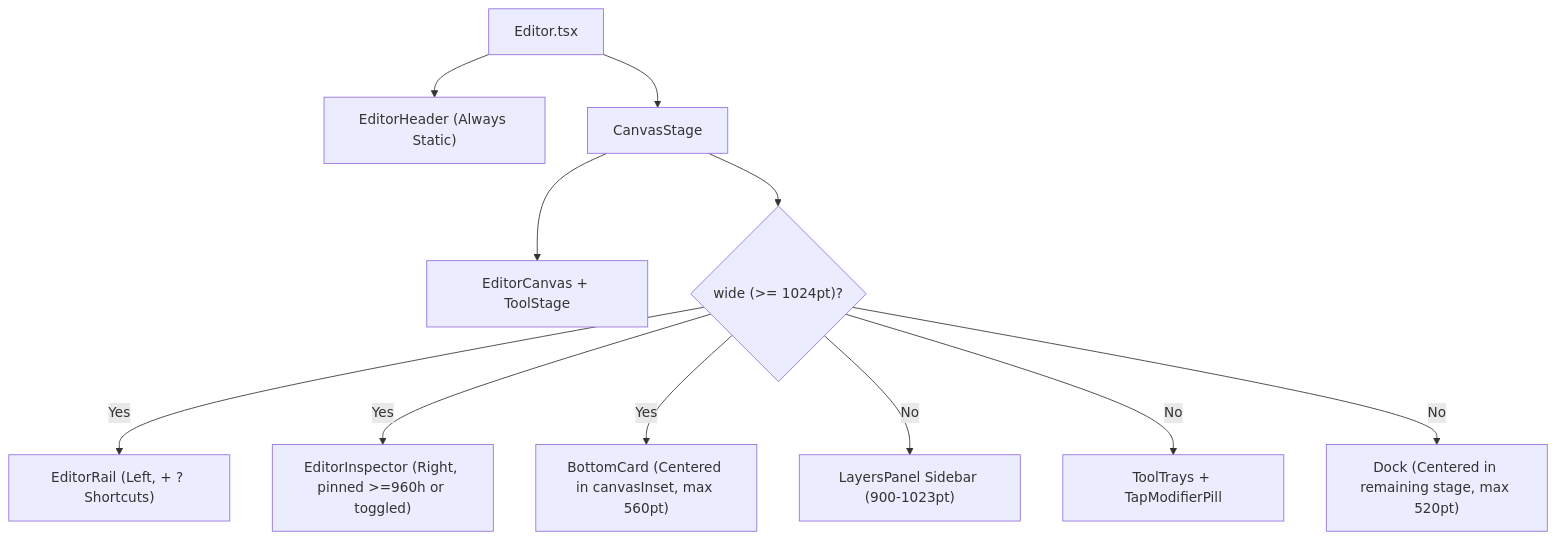
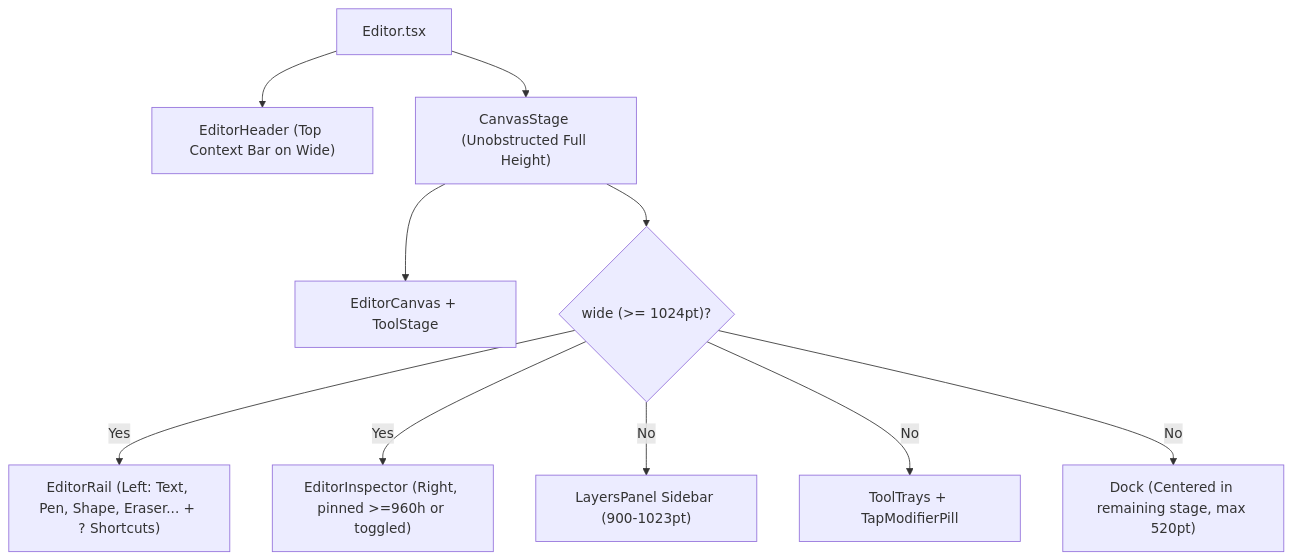
One commit to nverkhachoyan/tuck changed the diagram in docs/plans/editor-ui-redesign/implementation-plan.md. Above: the diagram before and after it, drawn with Mermaid. The commit also changed other lines of this file, not shown here.

Commit message:
docs: update UI redesign plan for top context bar and split tools

````diff
--- a/docs/plans/editor-ui-redesign/implementation-plan.md
+++ b/docs/plans/editor-ui-redesign/implementation-plan.md
@@ -56,13 +56,12 @@
 ```mermaid
 flowchart TD
-    Editor["Editor.tsx"] --> Header["EditorHeader (Always Static)"]
-    Editor --> Stage["CanvasStage"]
+    Editor["Editor.tsx"] --> Header["EditorHeader (Top Context Bar on Wide)"]
+    Editor --> Stage["CanvasStage (Unobstructed Full Height)"]
     Stage --> Canvas["EditorCanvas + ToolStage"]
     Stage --> WideBranch{"wide (>= 1024pt)?"}
-    WideBranch -- "Yes" --> Rail["EditorRail (Left, + ? Shortcuts)"]
+    WideBranch -- "Yes" --> Rail["EditorRail (Left: Text, Pen, Shape, Eraser... + ? Shortcuts)"]
     WideBranch -- "Yes" --> Inspector["EditorInspector (Right, pinned >=960h or toggled)"]
-    WideBranch -- "Yes" --> Card["BottomCard (Centered in canvasInset, max 560pt)"]
     WideBranch -- "No" --> MedSidebar["LayersPanel Sidebar (900-1023pt)"]
     WideBranch -- "No" --> Trays["ToolTrays + TapModifierPill"]
     WideBranch -- "No" --> Dock["Dock (Centered in remaining stage, max 520pt)"]
 ```
````
